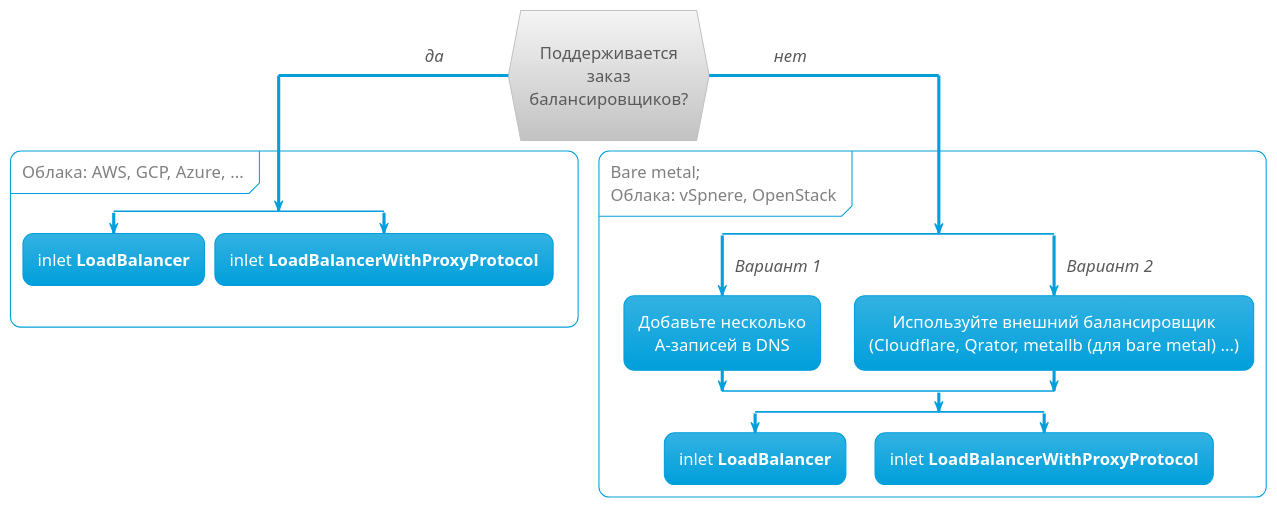
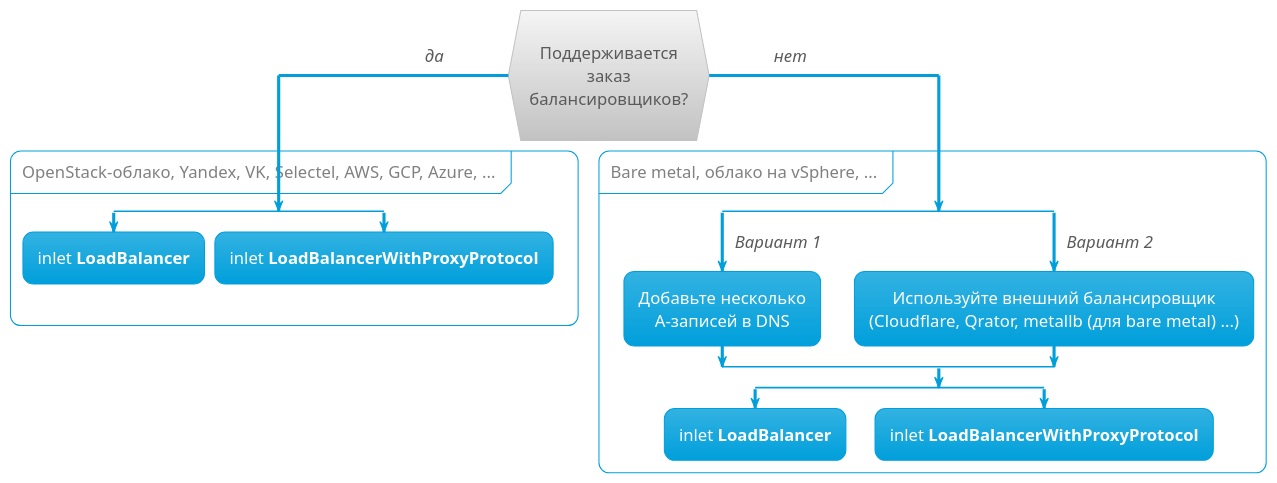
One commit to deckhouse/deckhouse changed the diagram in docs/site/pages/guides/ingress-inlet-ru.puml. Above: the diagram before and after it, drawn with PlantUML. The commit also changed 5 other files, not shown here.

```diff
--- a/docs/site/pages/guides/ingress-inlet-ru.puml
+++ b/docs/site/pages/guides/ingress-inlet-ru.puml
@@ -1,41 +1,41 @@
 @startuml
 
 !theme bluegray
 skinparam DefaultFontSize 16
 skinparam handwritten false
 skinparam ArrowFontStyle italic
 skinparam DefaultTextAlignment center
 skinparam PartitionFontColor grey
 skinparam backgroundColor transparent
 
 
 if (\nПоддерживается\nзаказ\nбалансировщиков?\n) then (да             )
-partition Облака: AWS, GCP, Azure, ... {
+partition OpenStack-облако, Yandex, VK, Selectel, AWS, GCP, Azure, ... {
   split
     :inlet **LoadBalancer**;
      kill
   split again
     :inlet **LoadBalancerWithProxyProtocol**;
     kill
   end split
   }
 else (             нет)
-partition Bare metal;\nОблака: vSpnere, OpenStack {
+partition Bare metal, облако на vSphere, ...{
   split
     ->Вариант 1;
     :Добавьте несколько\nА-записей в DNS;
   split again
     ->Вариант 2;
     :Используйте внешний балансировщик
     (Cloudflare, Qrator, metallb (для bare metal) ...);
   end split
   split
      :inlet **LoadBalancer**;
      kill
   split again
     :inlet **LoadBalancerWithProxyProtocol**;
     kill
   end split
   }
 endif
 @enduml
```
